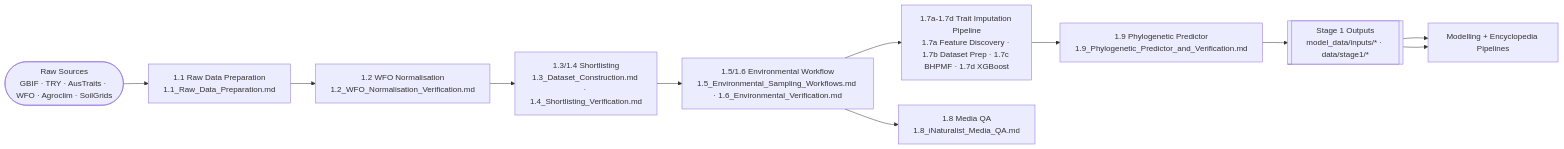
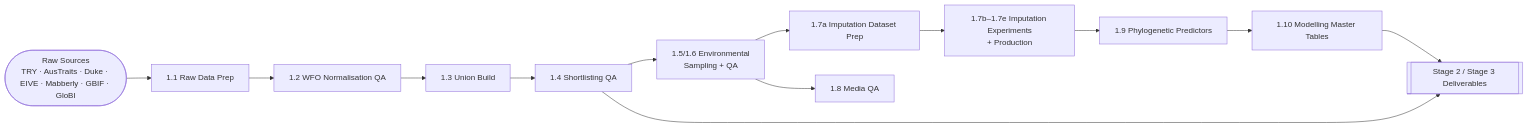
Before and after one commit to jaredquekjz/plantguide: the diagram in results/summaries/phylotraits/Stage_1/1.0_Data_Pipeline_Index.md, drawn with Mermaid. The commit also changed other lines of this file and 82 other files, not shown here.

````diff
--- a/results/summaries/phylotraits/Stage_1/1.0_Data_Pipeline_Index.md
+++ b/results/summaries/phylotraits/Stage_1/1.0_Data_Pipeline_Index.md
@@ -12,13 +13,15 @@
 ```mermaid
 flowchart LR
-    raw_sources([Raw Sources\nGBIF · TRY · AusTraits · WFO · Agroclim · SoilGrids]) --> raw_prep
-    raw_prep[1.1 Raw Data Preparation\n1.1_Raw_Data_Preparation.md] --> wfo_norm
-    wfo_norm[1.2 WFO Normalisation\n1.2_WFO_Normalisation_Verification.md] --> shortlist
-    shortlist[1.3/1.4 Shortlisting\n1.3_Dataset_Construction.md · 1.4_Shortlisting_Verification.md] --> env_sampling
-    env_sampling[1.5/1.6 Environmental Workflow\n1.5_Environmental_Sampling_Workflows.md · 1.6_Environmental_Verification.md] --> trait_prep
-    trait_prep[1.7a-1.7d Trait Imputation Pipeline\n1.7a Feature Discovery · 1.7b Dataset Prep · 1.7c BHPMF · 1.7d XGBoost] --> phylo
-    phylo[1.9 Phylogenetic Predictor\n1.9_Phylogenetic_Predictor_and_Verification.md] --> outputs
-    outputs[[Stage 1 Outputs\nmodel_data/inputs/* · data/stage1/*]] --> encyclo
-    env_sampling --> photos[1.8 Media QA\n1.8_iNaturalist_Media_QA.md]
-    outputs --> encyclo[Modelling + Encyclopedia Pipelines]
+    ingest([Raw Sources\nTRY · AusTraits · Duke · EIVE · Mabberly · GBIF · GloBI]) --> prep
+    prep[1.1 Raw Data Prep] --> wfo
+    wfo[1.2 WFO Normalisation QA] --> union
+    union[1.3 Union Build] --> shortlist
+    shortlist[1.4 Shortlisting QA] --> env
+    env[1.5/1.6 Environmental\nSampling + QA] --> traits
+    traits[1.7a Imputation Dataset Prep] --> impute
+    impute[1.7b–1.7e Imputation Experiments\n+ Production] --> phylo
+    phylo[1.9 Phylogenetic Predictors] --> masters
+    masters[1.10 Modelling Master Tables] --> delivery
+    env --> media[1.8 Media QA]
+    shortlist --> delivery[[Stage 2 / Stage 3 Deliverables]]
 ```
````
